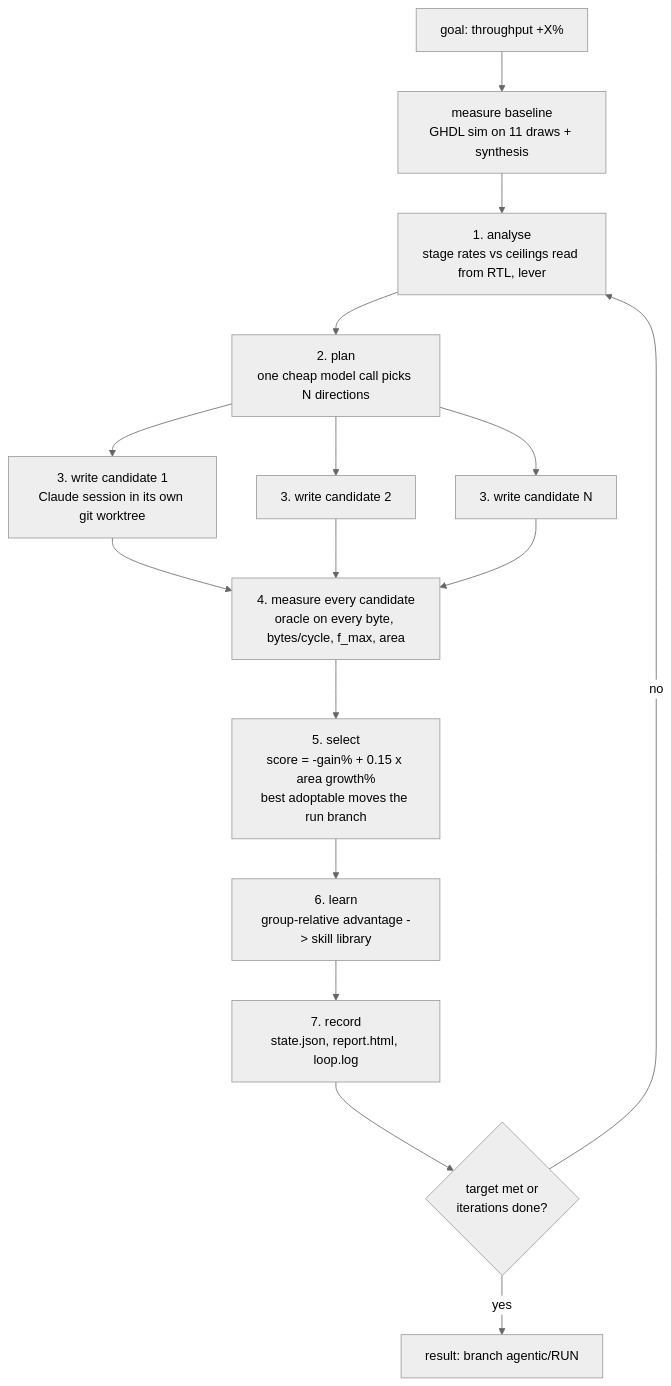
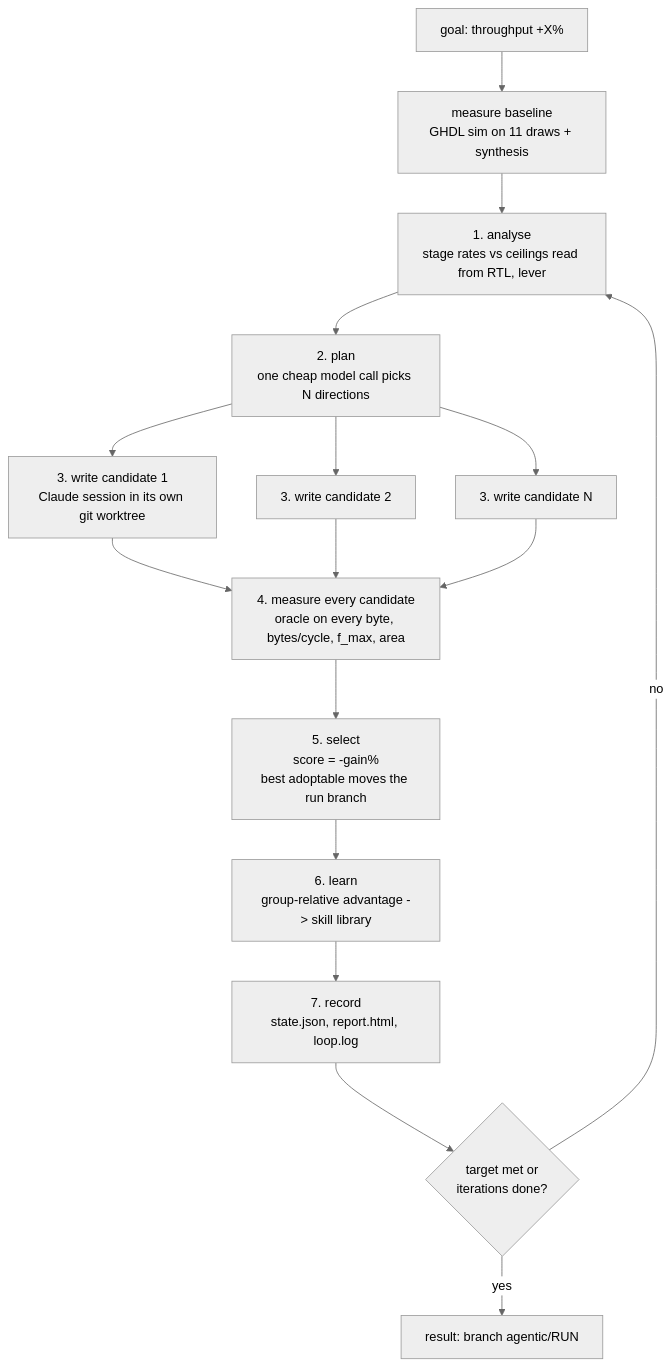
Before and after one commit to VatsalDixit/agenticRTL: the diagram in agentic/README.md, drawn with Mermaid (neutral theme). The commit also changed other lines of this file and 18 other files, not shown here.

Commit message:
Loop v3: no area gate, internal probe, packing model, build tracks, model-checked roadmap

````diff
--- a/agentic/README.md
+++ b/agentic/README.md
@@ -41,18 +41,18 @@
 ```mermaid
 graph TD
     G[goal: throughput +X%] --> B[measure baseline<br/>GHDL sim on 11 draws + synthesis]
     B --> A[1. analyse<br/>stage rates vs ceilings read from RTL, lever]
     A --> P[2. plan<br/>one cheap model call picks N directions]
     P --> W1[3. write candidate 1<br/>Claude session in its own git worktree]
     P --> W2[3. write candidate 2]
     P --> W3[3. write candidate N]
     W1 --> M[4. measure every candidate<br/>oracle on every byte, bytes/cycle, f_max, area]
     W2 --> M
     W3 --> M
-    M --> S[5. select<br/>score = -gain% + 0.15 x area growth%<br/>best adoptable moves the run branch]
+    M --> S[5. select<br/>score = -gain%<br/>best adoptable moves the run branch]
     S --> L[6. learn<br/>group-relative advantage -> skill library]
     L --> R[7. record<br/>state.json, report.html, loop.log]
     R --> C{target met or<br/>iterations done?}
     C -- no --> A
     C -- yes --> D[result: branch agentic/RUN]
 ```
````
